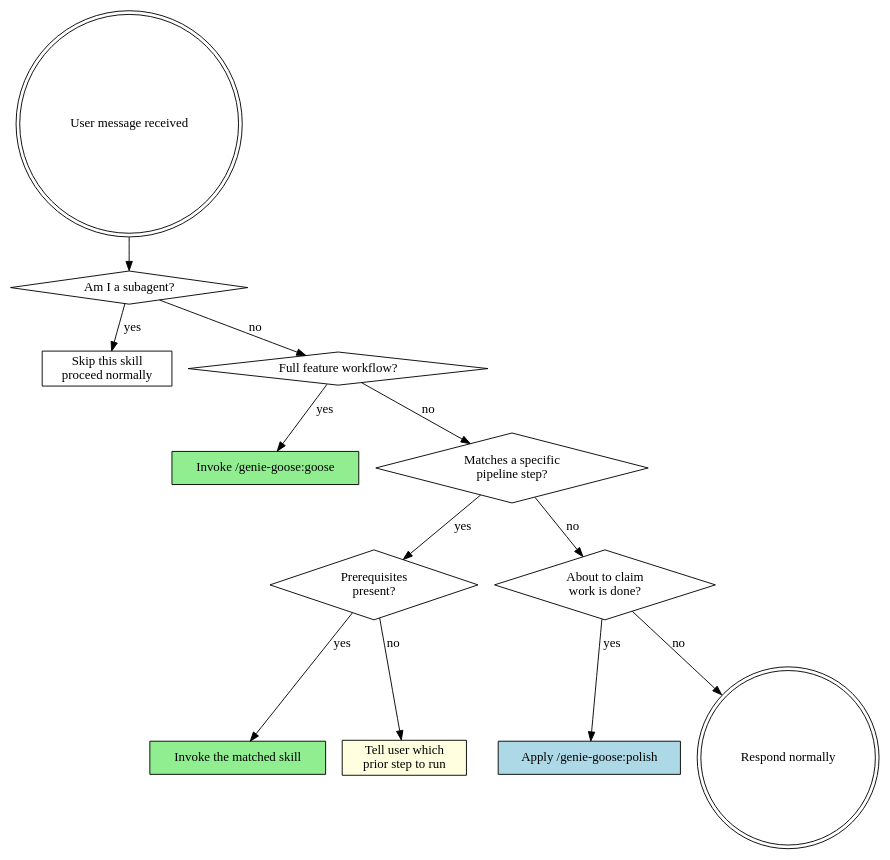
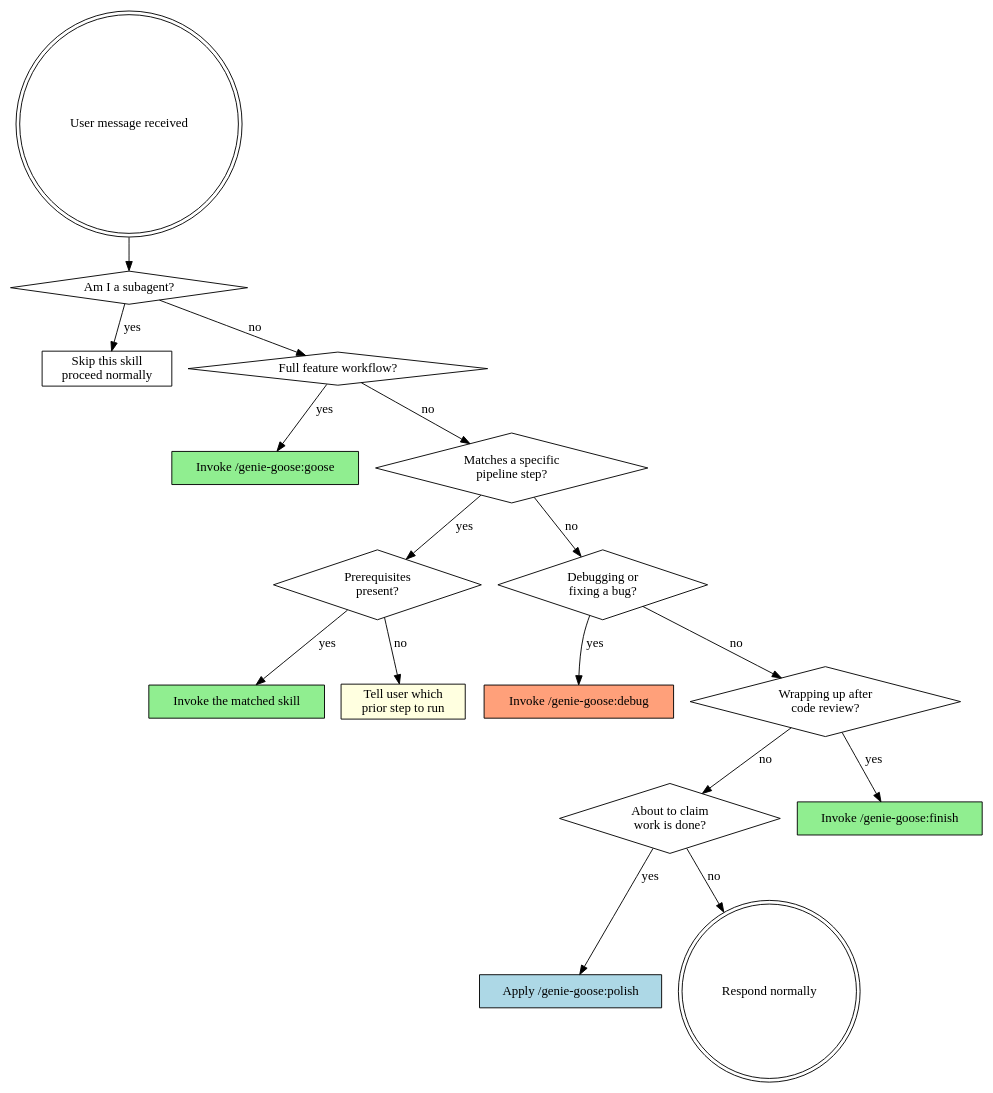
Before and after one commit to jhynsoo/genie-goose: the diagram in plugin/skills/lamp/SKILL.md, drawn with Graphviz. The commit also changed other lines of this file and 1 other file, not shown here.

Commit message:
feat: add debug skill for systematic root-cause analysis
New standalone skill with 4-phase gate (REPRODUCE → ISOLATE → IDENTIFY
→ FIX) and Iron Law: no fix without proven root cause. Outputs
debug-report.md with hypothesis log. Updates lamp router to route
bug-related intents to debug skill.

````diff
--- a/plugin/skills/lamp/SKILL.md
+++ b/plugin/skills/lamp/SKILL.md
@@ -68,31 +70,40 @@
 ```dot
 digraph routing {
     rankdir=TB;
     node [shape=box];
 
     start [label="User message received" shape=doublecircle];
     is_subagent [label="Am I a subagent?" shape=diamond];
     skip [label="Skip this skill\nproceed normally" shape=box];
     full_pipeline [label="Full feature workflow?" shape=diamond];
     goose [label="Invoke /genie-goose:goose" shape=box style=filled fillcolor=lightgreen];
     specific_step [label="Matches a specific\npipeline step?" shape=diamond];
     check_prereqs [label="Prerequisites\npresent?" shape=diamond];
     invoke_skill [label="Invoke the matched skill" shape=box style=filled fillcolor=lightgreen];
     report_missing [label="Tell user which\nprior step to run" shape=box style=filled fillcolor=lightyellow];
     is_completing [label="About to claim\nwork is done?" shape=diamond];
     polish [label="Apply /genie-goose:polish" shape=box style=filled fillcolor=lightblue];
     normal [label="Respond normally" shape=doublecircle];
 
     start -> is_subagent;
     is_subagent -> skip [label="yes"];
     is_subagent -> full_pipeline [label="no"];
     full_pipeline -> goose [label="yes"];
     full_pipeline -> specific_step [label="no"];
+    is_debugging [label="Debugging or\nfixing a bug?" shape=diamond];
+    debug [label="Invoke /genie-goose:debug" shape=box style=filled fillcolor=lightsalmon];
+    is_wrapping_up [label="Wrapping up after\ncode review?" shape=diamond];
+    finish [label="Invoke /genie-goose:finish" shape=box style=filled fillcolor=lightgreen];
+
     specific_step -> check_prereqs [label="yes"];
-    specific_step -> is_completing [label="no"];
+    specific_step -> is_debugging [label="no"];
     check_prereqs -> invoke_skill [label="yes"];
     check_prereqs -> report_missing [label="no"];
+    is_debugging -> debug [label="yes"];
+    is_debugging -> is_wrapping_up [label="no"];
+    is_wrapping_up -> finish [label="yes"];
+    is_wrapping_up -> is_completing [label="no"];
     is_completing -> polish [label="yes"];
     is_completing -> normal [label="no"];
 }
 ```
````
